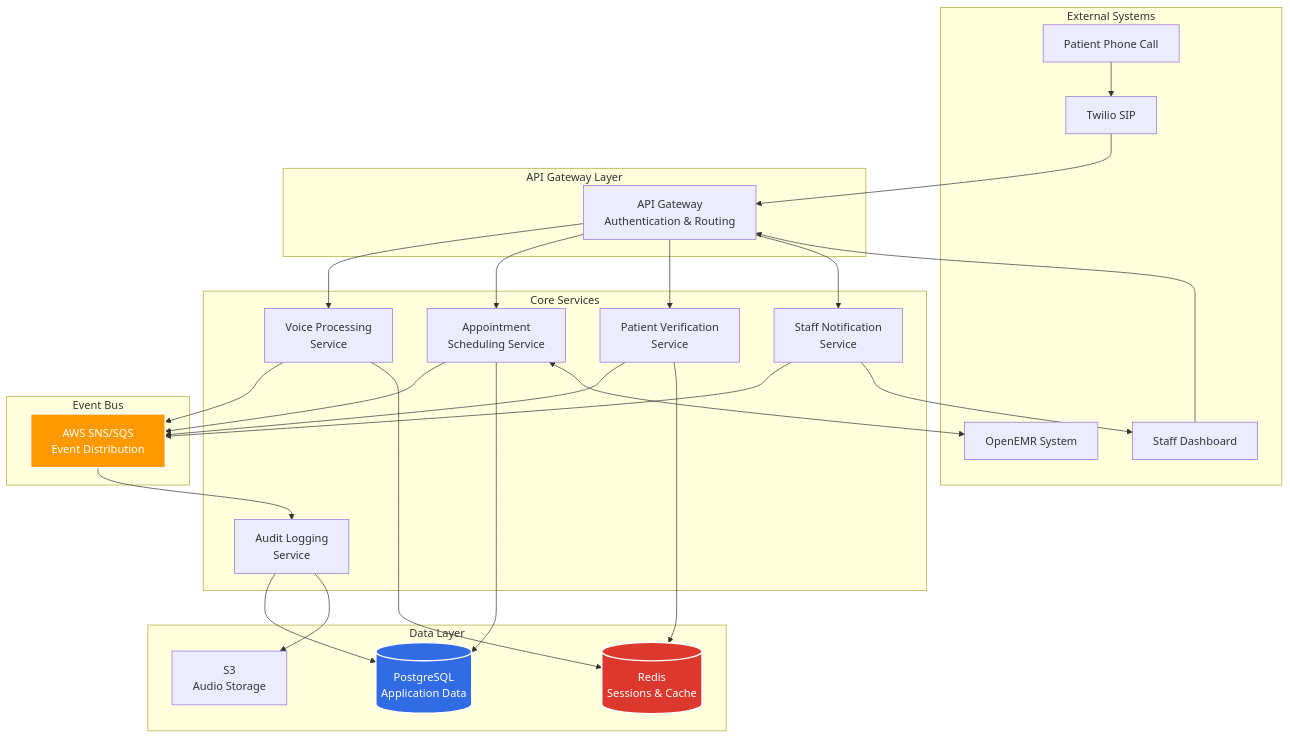
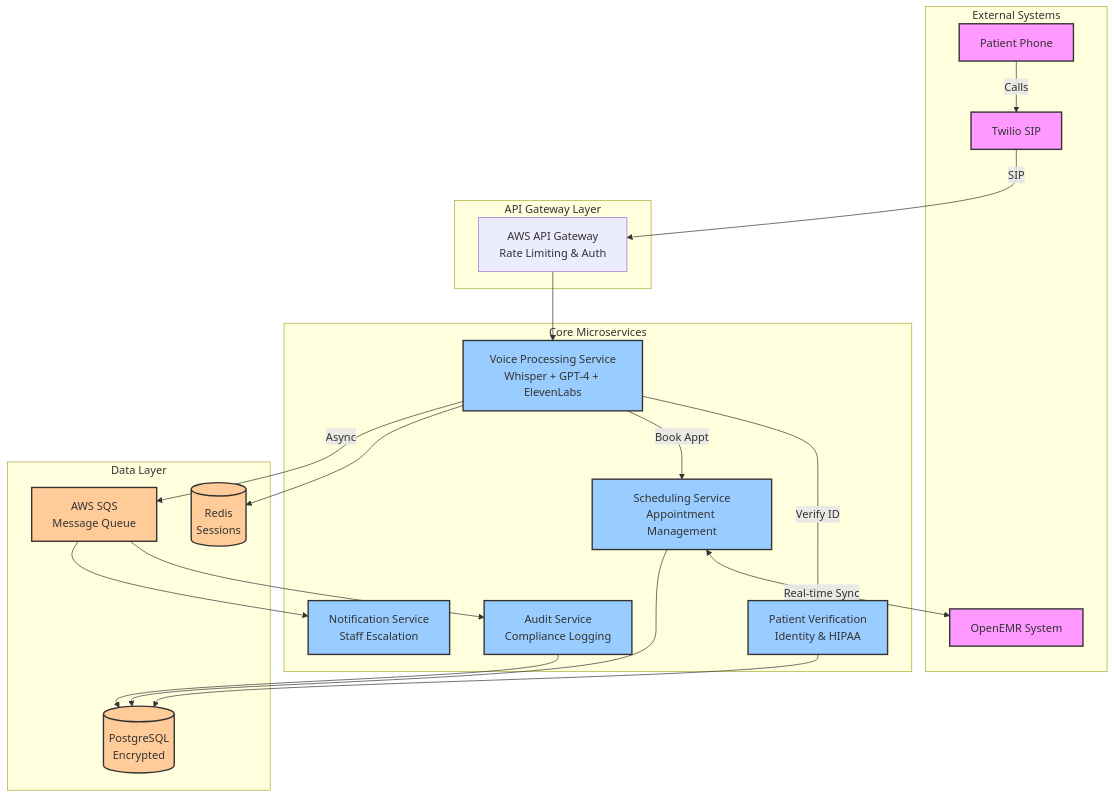
The diagram in docs/architecture.md (Bobert39/voice-agent), drawn with Mermaid before and after one commit. The commit also changed other lines of this file and 45 other files, not shown here.

First line of the commit message:
Restructure documentation with comprehensive architecture and PRD

````diff
--- a/docs/architecture.md
+++ b/docs/architecture.md
@@ -62,59 +66,51 @@
 ```mermaid
 graph TB
     subgraph "External Systems"
-        Patient[Patient Phone Call]
+        Patient[Patient Phone]
+        OpenEMR[OpenEMR System]
         Twilio[Twilio SIP]
-        OpenEMR[OpenEMR System]
-        Staff[Staff Dashboard]
     end
-
+    
     subgraph "API Gateway Layer"
-        Gateway[API Gateway<br/>Authentication & Routing]
+        Gateway[AWS API Gateway<br/>Rate Limiting & Auth]
     end
-
-    subgraph "Core Services"
-        Voice[Voice Processing<br/>Service]
-        Schedule[Appointment<br/>Scheduling Service]
-        Verify[Patient Verification<br/>Service]
-        Audit[Audit Logging<br/>Service]
-        Notify[Staff Notification<br/>Service]
+    
+    subgraph "Core Microservices"
+        Voice[Voice Processing Service<br/>Whisper + GPT-4 + ElevenLabs]
+        Schedule[Scheduling Service<br/>Appointment Management]
+        Verify[Patient Verification<br/>Identity & HIPAA]
+        Audit[Audit Service<br/>Compliance Logging]
+        Notify[Notification Service<br/>Staff Escalation]
     end
-
+    
     subgraph "Data Layer"
-        Postgres[(PostgreSQL<br/>Application Data)]
-        Redis[(Redis<br/>Sessions & Cache)]
-        S3[S3<br/>Audio Storage]
+        Cache[(Redis<br/>Sessions)]
+        DB[(PostgreSQL<br/>Encrypted)]
+        Queue[AWS SQS<br/>Message Queue]
     end
-
-    subgraph "Event Bus"
-        EventBus[AWS SNS/SQS<br/>Event Distribution]
-    end
-
-    Patient --> Twilio
-    Twilio --> Gateway
-    Staff --> Gateway
     
+    Patient -->|Calls| Twilio
+    Twilio -->|SIP| Gateway
     Gateway --> Voice
-    Gateway --> Schedule
-    Gateway --> Verify
-    Gateway --> Notify
+    Voice -->|Verify ID| Verify
+    Voice -->|Book Appt| Schedule
+    Schedule <-->|Real-time Sync| OpenEMR
     
-    Voice --> EventBus
-    Schedule --> EventBus
-    Verify --> EventBus
-    Notify --> EventBus
+    Voice --> Cache
+    Schedule --> DB
+    Verify --> DB
     
-    EventBus --> Audit
+    Voice -->|Async| Queue
+    Queue --> Audit
+    Queue --> Notify
     
-    Voice --> Redis
-    Schedule --> Postgres
-    Schedule <--> OpenEMR
-    Verify --> Redis
-    Audit --> Postgres
-    Audit --> S3
-    Notify --> Staff
+    Audit --> DB
     
-    style Postgres fill:#326ce5,stroke:#fff,stroke-width:2px,color:#fff
-    style Redis fill:#dc382d,stroke:#fff,stroke-width:2px,color:#fff
-    style EventBus fill:#ff9900,stroke:#fff,stroke-width:2px,color:#fff
+    classDef external fill:#f9f,stroke:#333,stroke-width:2px
+    classDef service fill:#9cf,stroke:#333,stroke-width:2px
+    classDef data fill:#fc9,stroke:#333,stroke-width:2px
+    
+    class Patient,OpenEMR,Twilio external
+    class Voice,Schedule,Verify,Audit,Notify service
+    class Cache,DB,Queue data
 ```
````
